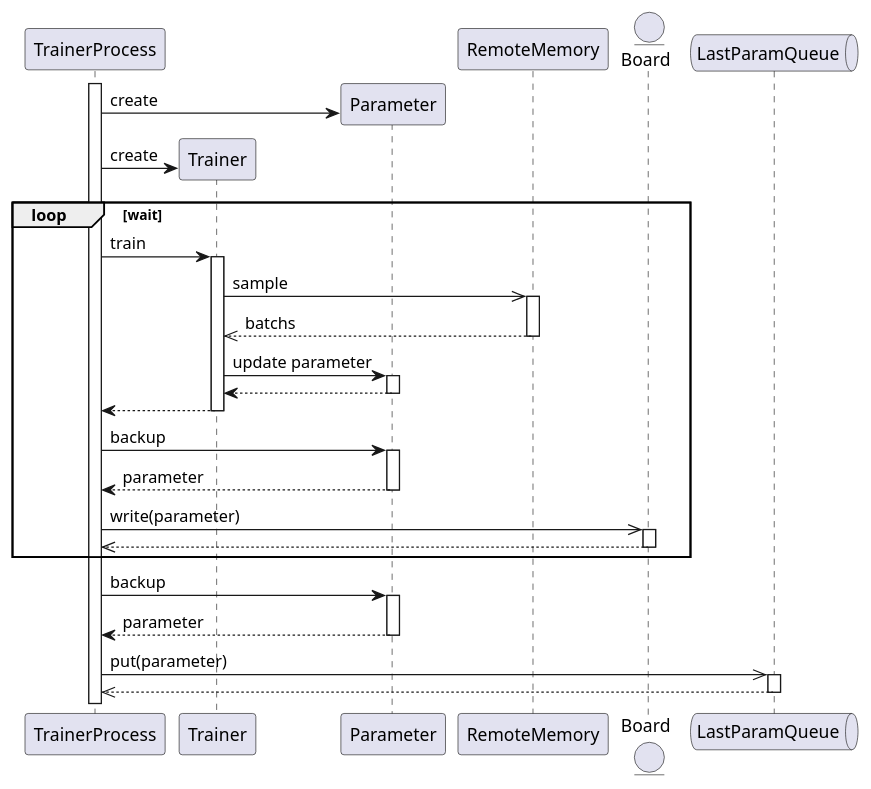
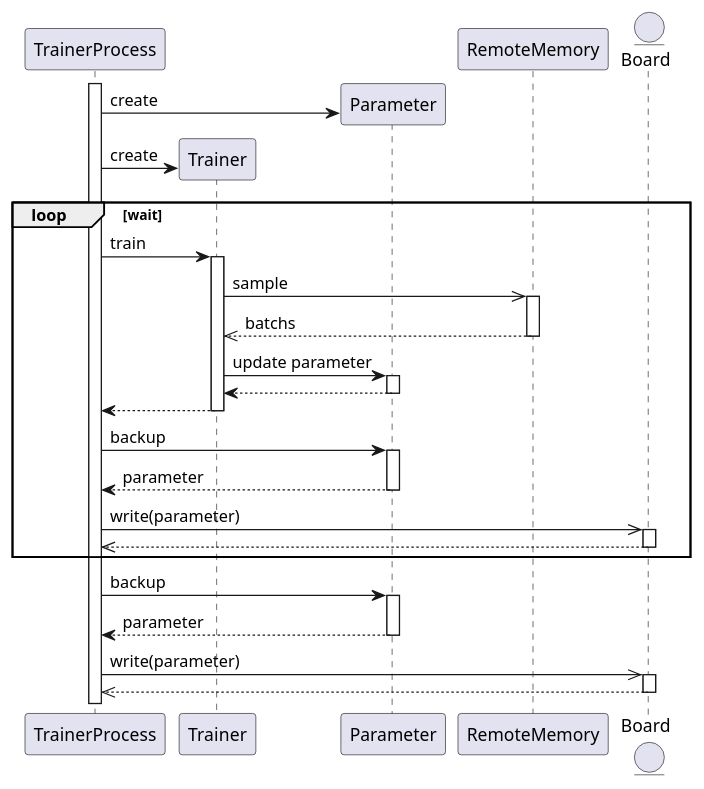
The diagram in diagrams/runner_mp_flow_trainer.pu (pocokhc/simple_distributed_rl), drawn with PlantUML before and after one commit. The commit also changed 130 other files, not shown here.

```diff
--- a/diagrams/runner_mp_flow_trainer.pu
+++ b/diagrams/runner_mp_flow_trainer.pu
@@ -1,37 +1,37 @@
 @startuml
 autoactivate on
 
 participant TrainerProcess
 participant Trainer
 participant Parameter
 participant RemoteMemory
 entity Board
-queue LastParamQueue
 
 
 activate TrainerProcess
 TrainerProcess -> Parameter ** : create
 TrainerProcess -> Trainer ** : create
 loop wait
 
     TrainerProcess -> Trainer: train
         Trainer ->> RemoteMemory: sample
         return batchs
 
         Trainer -> Parameter: update parameter
         return
     return
 
     TrainerProcess -> Parameter: backup
     return parameter
     TrainerProcess ->> Board: write(parameter)
     return
 
 end
 
 TrainerProcess -> Parameter: backup
 return parameter
-TrainerProcess ->> LastParamQueue: put(parameter)
+TrainerProcess ->> Board: write(parameter)
 return
 
+
 @enduml
```
